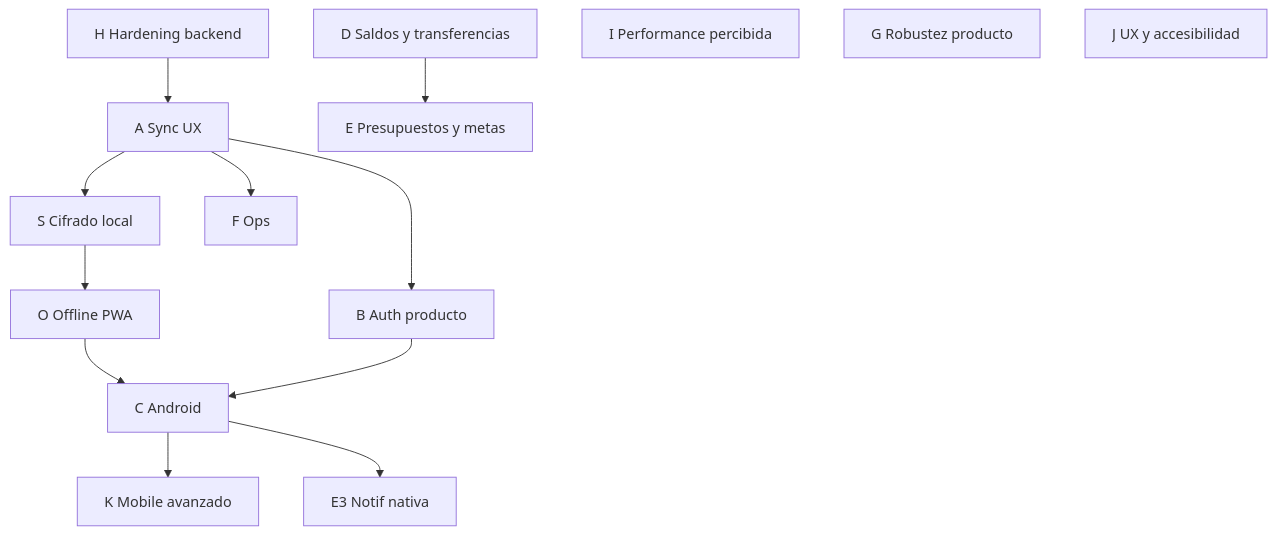
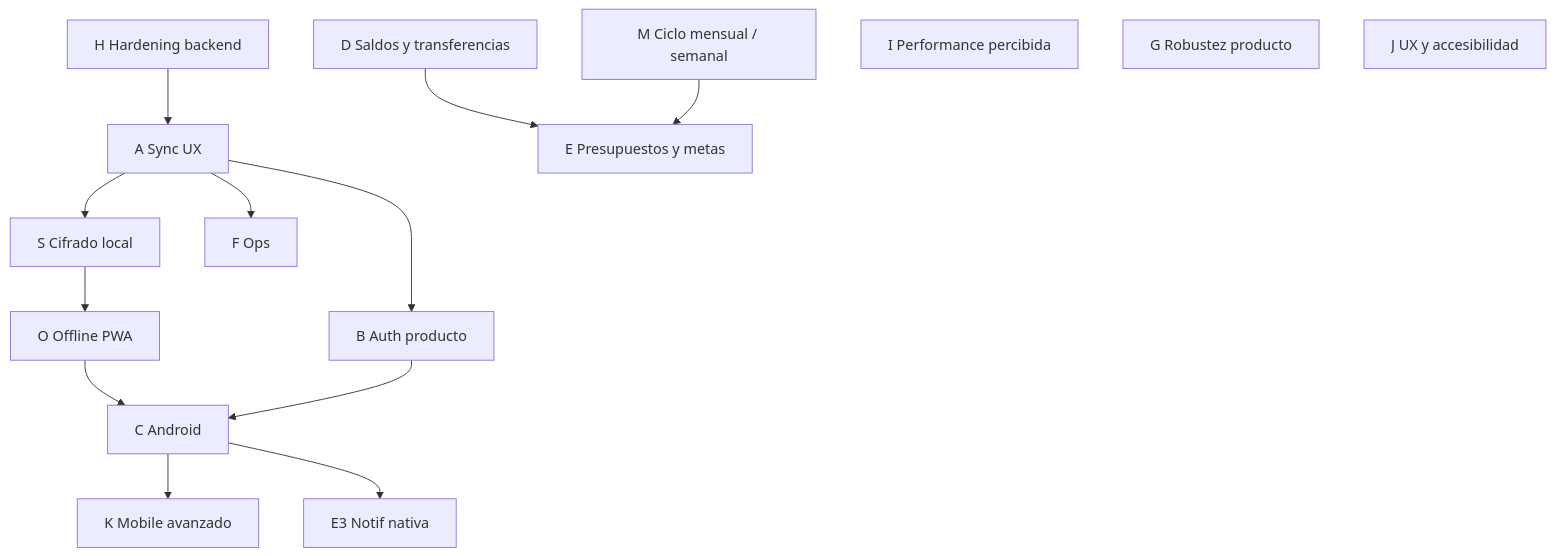
The diagram in docs/IMPLEMENTATION-PLAN.md (YukaC/OpenBalance), drawn with Mermaid before and after one commit. The commit also changed other lines of this file, not shown here.

````diff
--- a/docs/IMPLEMENTATION-PLAN.md
+++ b/docs/IMPLEMENTATION-PLAN.md
@@ -70,16 +71,17 @@
 ```mermaid
 flowchart TD
   H[H Hardening backend] --> A[A Sync UX]
   A --> S[S Cifrado local]
   S --> O[O Offline PWA]
   A --> B[B Auth producto]
   O --> C[C Android]
   B --> C
   C --> K[K Mobile avanzado]
   D[D Saldos y transferencias] --> E[E Presupuestos y metas]
+  M[M Ciclo mensual / semanal] --> E
   I[I Performance percibida]
   A --> F[F Ops]
   G[G Robustez producto]
   J[J UX y accesibilidad]
   C --> E3[E3 Notif nativa]
 ```
````
